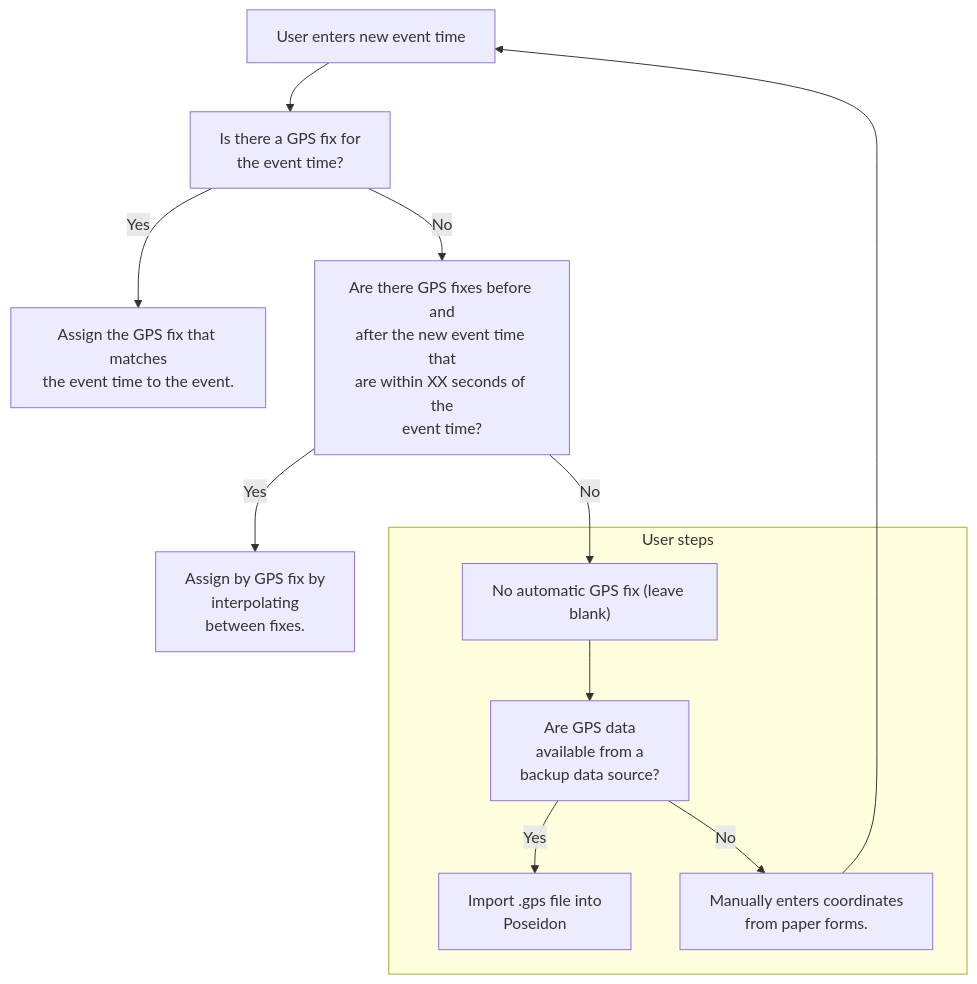
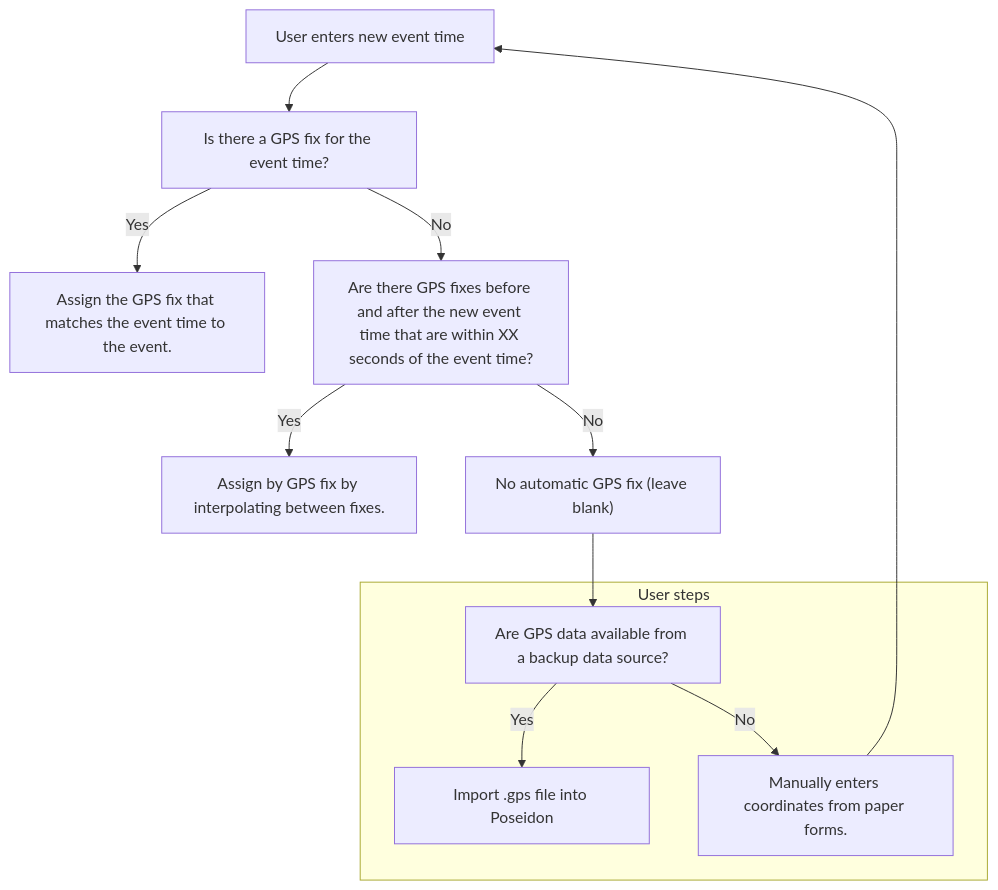
One commit to afsc-gap-products/navmaps changed the diagram in assets/changing_event_time.md. Above: the diagram before and after it, drawn with Mermaid.

Commit message:
Format flowchart

````diff
--- a/assets/changing_event_time.md
+++ b/assets/changing_event_time.md
@@ -3,13 +3,13 @@
 ``` mermaid
 graph TD
-  A["User enters new event time"]-->B["Is there a GPS fix for<br>the event time?"]--> |Yes| C["Assign the GPS fix that matches<br>the event time to the event."]
-  B["Is there a GPS fix for<br>the event time?"]--> |No| D["Are there GPS fixes before and<br>after the new event time that<br>are within XX seconds of the<br>event time?"]
-  D["Are there GPS fixes before and<br>after the new event time that<br>are within XX seconds of the<br>event time?"]--> |Yes| E["Assign by GPS fix by<br>interpolating<br>between fixes."]
-  D["Are there GPS fixes before and<br>after the new event time that<br>are within XX seconds of the<br>event time?"]--> |No| F["No automatic GPS fix (leave blank)"]
+  A["User enters new event time"]-->B["Is there a GPS fix for the event time?"]--> |Yes| C["Assign the GPS fix that matches the event time to the event."]
+  B["Is there a GPS fix for the event time?"]--> |No| D["Are there GPS fixes before and after the new event time that are within XX seconds of the event time?"]
+  D["Are there GPS fixes before and after the new event time that are within XX seconds of the event time?"]--> |Yes| E["Assign by GPS fix by interpolating between fixes."]
+  D["Are there GPS fixes before and after the new event time that are within XX seconds of the event time?"]--> |No| F["No automatic GPS fix (leave blank)"]
+  F["No automatic GPS fix (leave blank)"]--> G["Are GPS data available from a backup data source?"]
   subgraph User steps
-    F["No automatic GPS fix (leave blank)"]--> G["Are GPS data<br>available from a<br>backup data source?"]
-    G["Are GPS data<br>available from a<br>backup data source?"]--> |Yes| H["Import .gps file into<br>Poseidon"]
-    G["Are GPS data<br>available from a<br>backup data source?"]--> |No| I["Manually enters coordinates<br>from paper forms."]
+    G["Are GPS data available from a backup data source?"]--> |Yes| H["Import .gps file into Poseidon"]
+    G["Are GPS data available from a backup data source?"]--> |No| I["Manually enters coordinates from paper forms."]
   end
-  I["Manually enters coordinates<br>from paper forms."]--> A["User enters new event time"]
+  I["Manually enters coordinates from paper forms."]--> A["User enters new event time"]
 ```
````
